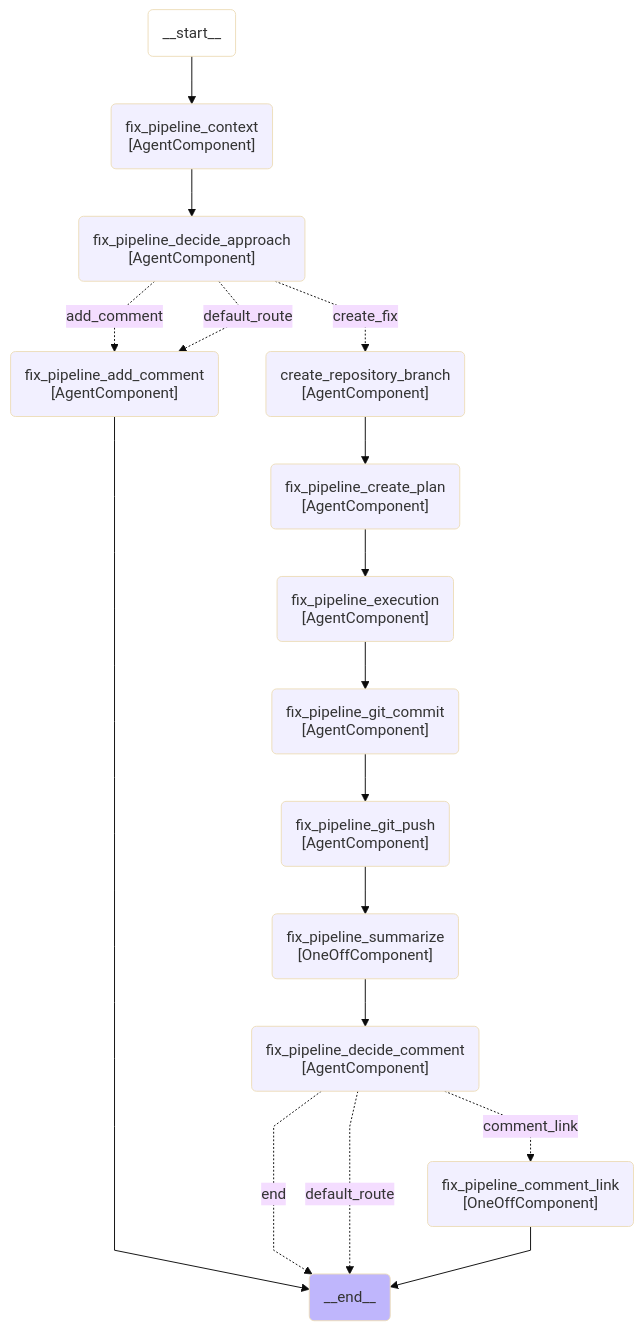
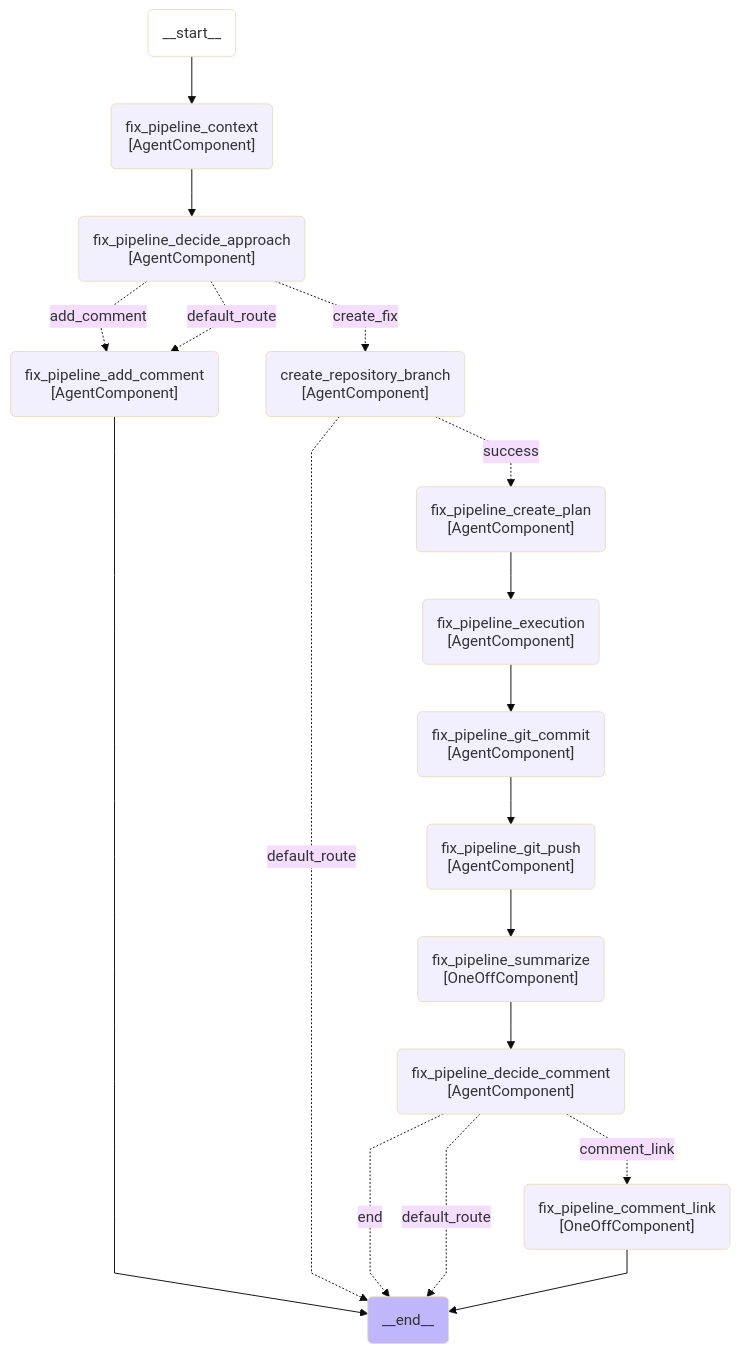
One commit to movax01h/ai-gateway changed diagram 15 of 24 in docs/duo_workflow_service_graphs.md. Above: the diagram before and after it, drawn with Mermaid (base theme). The commit also changed other lines of this file and 7 other files, not shown here.

Commit message:
feat(workflows): use response schema for create_repository_branch output

````diff
--- a/docs/duo_workflow_service_graphs.md
+++ b/docs/duo_workflow_service_graphs.md
@@ -420,40 +421,41 @@
 ```mermaid
 ---
 config:
     flowchart:
         curve: linear
 ---
 graph TD;
     __start__(__start__):::first;
     __end__(__end__):::last;
     __start__ --> fix_pipeline_context;
     fix_pipeline_context(fix_pipeline_context<br>#91;AgentComponent#93;);
     fix_pipeline_decide_approach(fix_pipeline_decide_approach<br>#91;AgentComponent#93;);
     fix_pipeline_add_comment(fix_pipeline_add_comment<br>#91;AgentComponent#93;);
     create_repository_branch(create_repository_branch<br>#91;AgentComponent#93;);
     fix_pipeline_create_plan(fix_pipeline_create_plan<br>#91;AgentComponent#93;);
     fix_pipeline_execution(fix_pipeline_execution<br>#91;AgentComponent#93;);
     fix_pipeline_git_commit(fix_pipeline_git_commit<br>#91;AgentComponent#93;);
     fix_pipeline_git_push(fix_pipeline_git_push<br>#91;AgentComponent#93;);
     fix_pipeline_summarize(fix_pipeline_summarize<br>#91;OneOffComponent#93;);
     fix_pipeline_decide_comment(fix_pipeline_decide_comment<br>#91;AgentComponent#93;);
     fix_pipeline_comment_link(fix_pipeline_comment_link<br>#91;OneOffComponent#93;);
     fix_pipeline_context --> fix_pipeline_decide_approach;
     fix_pipeline_decide_approach -.->|add_comment| fix_pipeline_add_comment;
     fix_pipeline_decide_approach -.->|create_fix| create_repository_branch;
     fix_pipeline_decide_approach -.->|default_route| fix_pipeline_add_comment;
     fix_pipeline_add_comment --> __end__;
-    create_repository_branch --> fix_pipeline_create_plan;
+    create_repository_branch -.->|success| fix_pipeline_create_plan;
+    create_repository_branch -.->|default_route| __end__;
     fix_pipeline_create_plan --> fix_pipeline_execution;
     fix_pipeline_execution --> fix_pipeline_git_commit;
     fix_pipeline_git_commit --> fix_pipeline_git_push;
     fix_pipeline_git_push --> fix_pipeline_summarize;
     fix_pipeline_summarize --> fix_pipeline_decide_comment;
     fix_pipeline_decide_comment -.->|comment_link| fix_pipeline_comment_link;
     fix_pipeline_decide_comment -.->|end| __end__;
     fix_pipeline_decide_comment -.->|default_route| __end__;
     fix_pipeline_comment_link --> __end__;
     classDef default fill:#f2f0ff,line-height:1.2;
     classDef first fill-opacity:0;
     classDef last fill:#bfb6fc;
 ```
````
